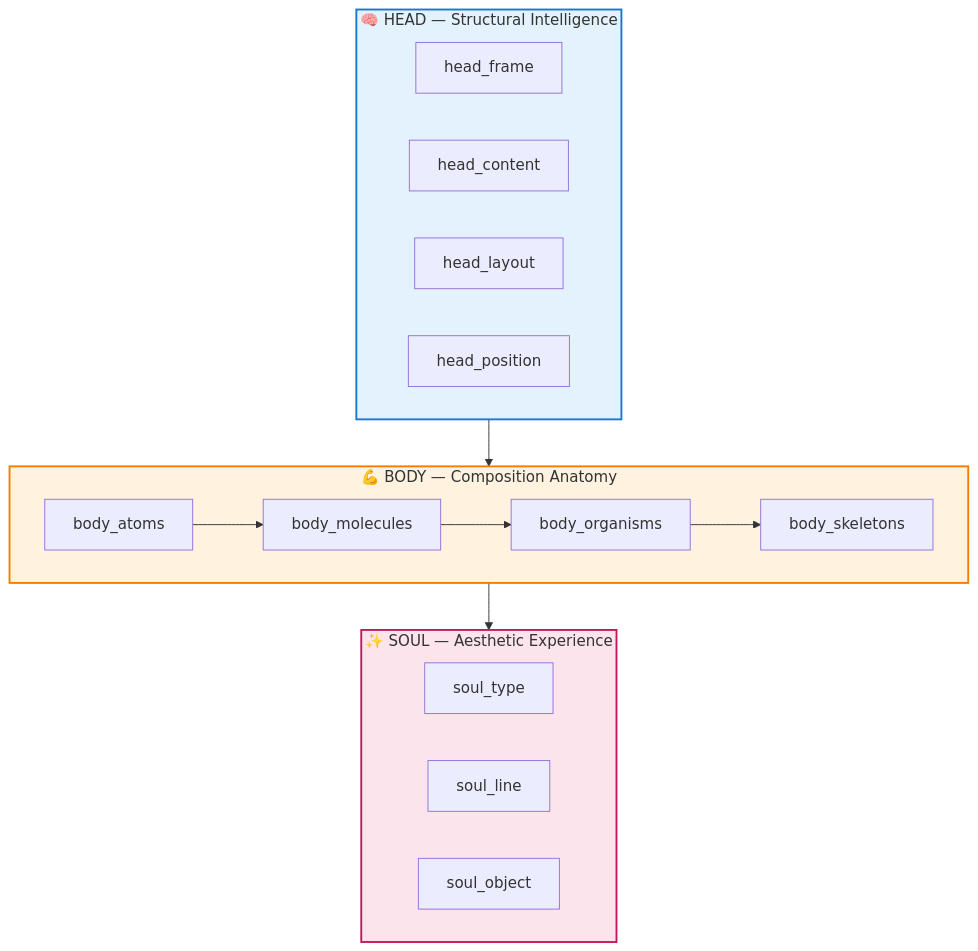
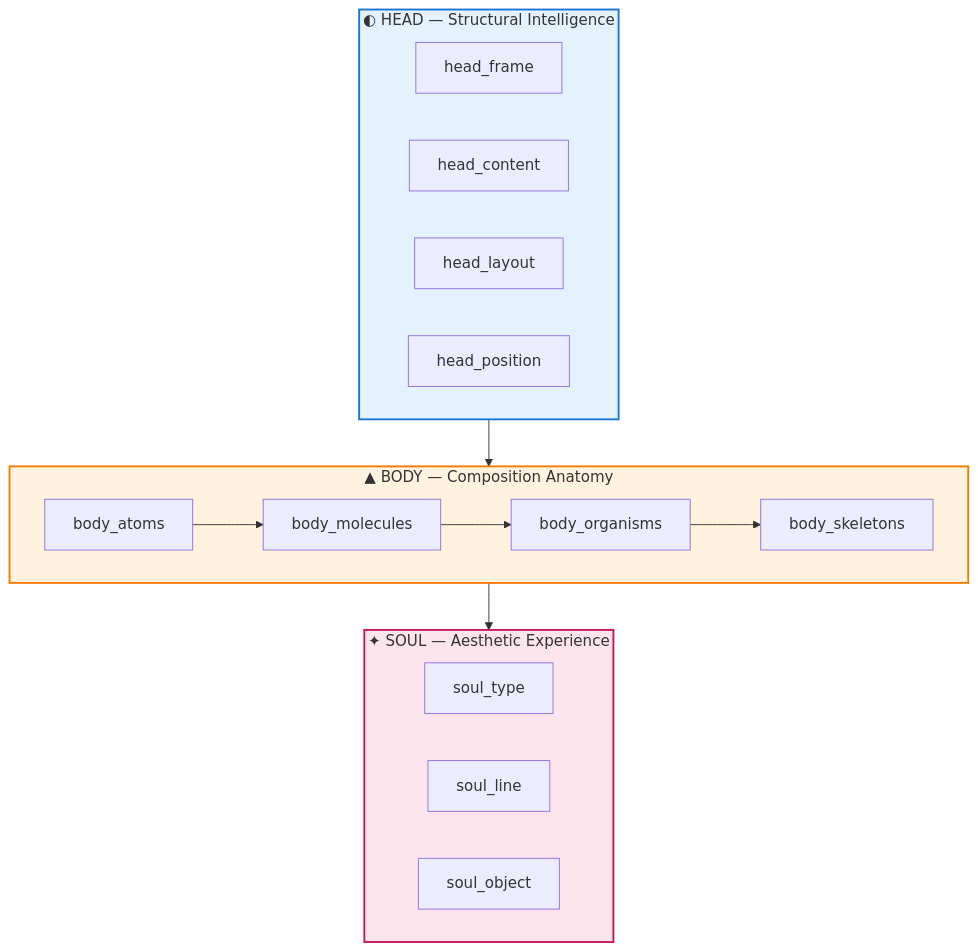
One commit to stylescape/stylescape changed the first of 4 diagrams in doc/architecture.md. Above: the diagram before and after it, drawn with Mermaid. The commit also changed other lines of this file and 563 other files, not shown here.

````diff
--- a/doc/architecture.md
+++ b/doc/architecture.md
@@ -27,33 +27,33 @@
 ```mermaid
 flowchart TB
-    subgraph HEAD ["🧠 HEAD — Structural Intelligence"]
+    subgraph HEAD ["◐ HEAD — Structural Intelligence"]
         direction LR
         HF[head_frame]
         HC[head_content]
         HL[head_layout]
         HP[head_position]
     end
 
-    subgraph BODY ["💪 BODY — Composition Anatomy"]
+    subgraph BODY ["▲ BODY — Composition Anatomy"]
         direction LR
         BA[body_atoms]
         BM[body_molecules]
         BO[body_organisms]
         BS[body_skeletons]
 
         BA --> BM --> BO --> BS
     end
 
-    subgraph SOUL ["✨ SOUL — Aesthetic Experience"]
+    subgraph SOUL ["✦ SOUL — Aesthetic Experience"]
         direction LR
         ST[soul_type]
         SL[soul_line]
         SO[soul_object]
     end
 
     HEAD --> BODY --> SOUL
 
     style HEAD fill:#e3f2fd,stroke:#1976d2,stroke-width:2px
     style BODY fill:#fff3e0,stroke:#f57c00,stroke-width:2px
     style SOUL fill:#fce4ec,stroke:#c2185b,stroke-width:2px
 ```
````
